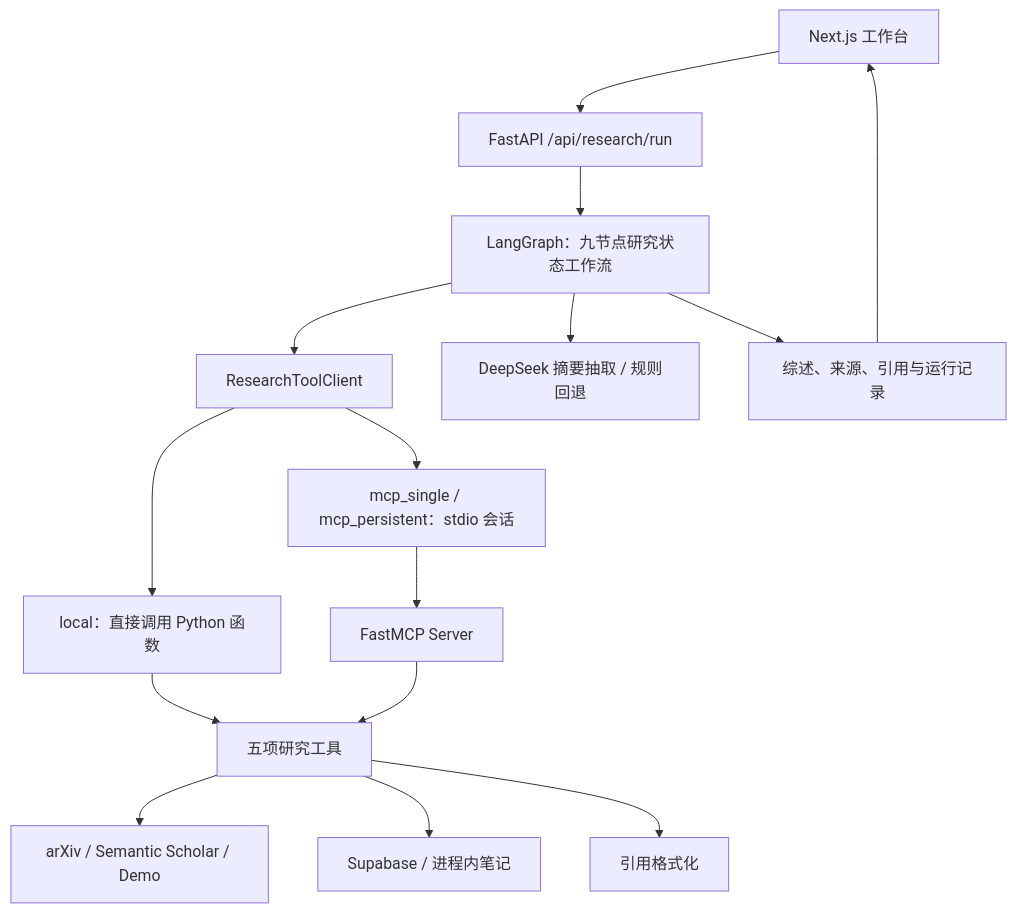
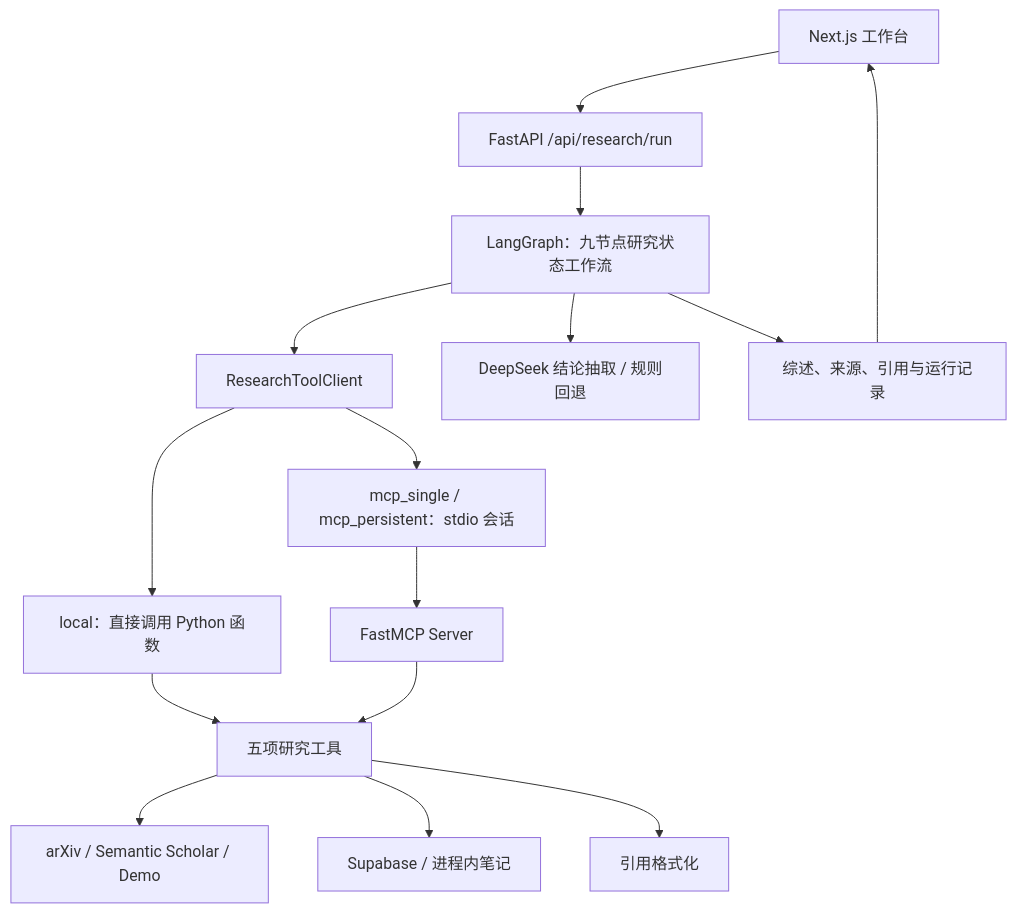
The diagram in README.md (AZ123IT/ResearchPilot), drawn with Mermaid before and after one commit. The commit also changed other lines of this file and 12 other files, not shown here.

````diff
--- a/README.md
+++ b/README.md
@@ -70,16 +59,16 @@
 ```mermaid
 flowchart TD
     UI["Next.js 工作台"] --> API["FastAPI /api/research/run"]
     API --> Graph["LangGraph：九节点研究状态工作流"]
     Graph --> Adapter["ResearchToolClient"]
     Adapter --> Local["local：直接调用 Python 函数"]
     Adapter --> MCP["mcp_single / mcp_persistent：stdio 会话"]
     Local --> Tools["五项研究工具"]
     MCP --> Server["FastMCP Server"] --> Tools
     Tools --> Search["arXiv / Semantic Scholar / Demo"]
     Tools --> Notes["Supabase / 进程内笔记"]
     Tools --> Citation["引用格式化"]
-    Graph --> Model["DeepSeek 摘要抽取 / 规则回退"]
+    Graph --> Model["DeepSeek 结论抽取 / 规则回退"]
     Graph --> Result["综述、来源、引用与运行记录"]
     Result --> UI
 ```
````
